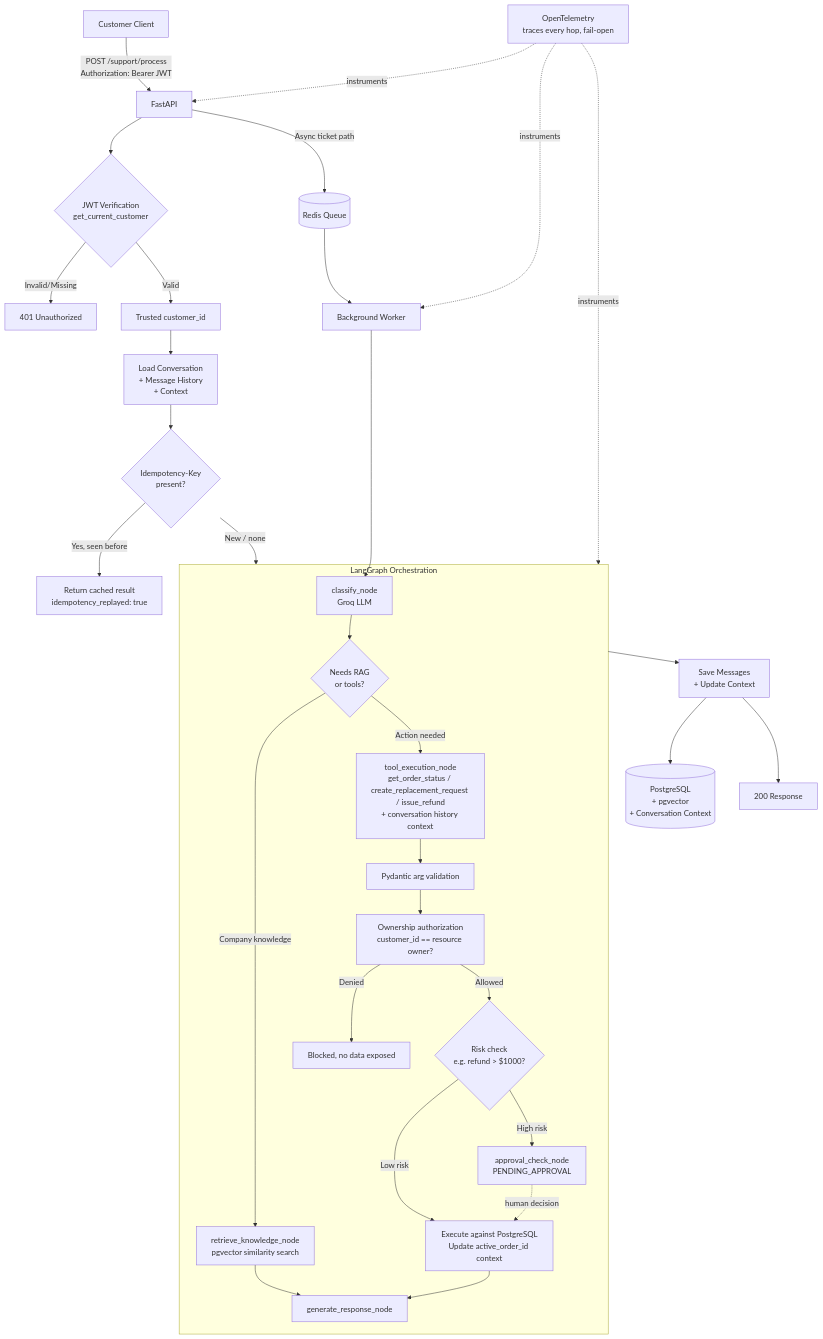
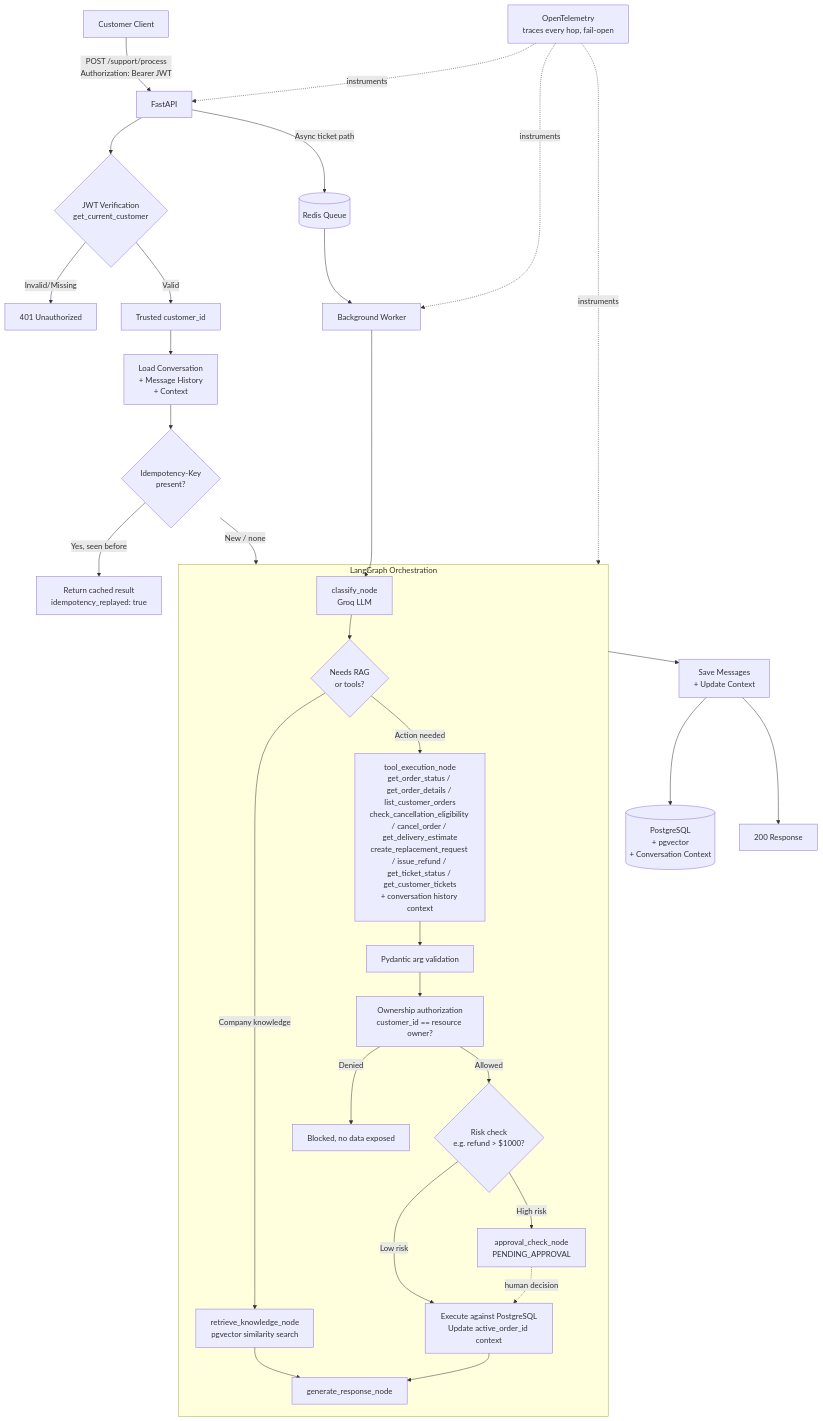
One commit to arshkalra17/SupportFlow---AI-Ticket-Automation changed the diagram in README.md. Above: the diagram before and after it, drawn with Mermaid. The commit also changed other lines of this file and 11 other files, not shown here.

Commit message:
Harden tools and integrate async tickets

````diff
--- a/README.md
+++ b/README.md
@@ -41,41 +41,41 @@
 ```mermaid
 flowchart TD
     Client[Customer Client] -->|POST /support/process<br/>Authorization: Bearer JWT| API[FastAPI]
 
     API --> JWT{JWT Verification<br/>get_current_customer}
     JWT -->|Invalid/Missing| Reject401[401 Unauthorized]
     JWT -->|Valid| Identity[Trusted customer_id]
 
     Identity --> LoadConv[Load Conversation<br/>+ Message History<br/>+ Context]
     LoadConv --> Idem{Idempotency-Key<br/>present?}
     Idem -->|Yes, seen before| Replay[Return cached result<br/>idempotency_replayed: true]
     Idem -->|New / none| Graph
 
     subgraph Graph[LangGraph Orchestration]
         Classify[classify_node<br/>Groq LLM] --> Route{Needs RAG<br/>or tools?}
         Route -->|Company knowledge| RAG[retrieve_knowledge_node<br/>pgvector similarity search]
-        Route -->|Action needed| Tools[tool_execution_node<br/>get_order_status / create_replacement_request / issue_refund<br/>+ conversation history context]
+        Route -->|Action needed| Tools[tool_execution_node<br/>get_order_status / get_order_details / list_customer_orders<br/>check_cancellation_eligibility / cancel_order / get_delivery_estimate<br/>create_replacement_request / issue_refund / get_ticket_status / get_customer_tickets<br/>+ conversation history context]
         RAG --> Respond
         Tools --> Validate[Pydantic arg validation]
         Validate --> Authz[Ownership authorization<br/>customer_id == resource owner?]
         Authz -->|Denied| Blocked[Blocked, no data exposed]
         Authz -->|Allowed| Risk{Risk check<br/>e.g. refund > $1000?}
         Risk -->|Low risk| Execute[Execute against PostgreSQL<br/>Update active_order_id context]
         Risk -->|High risk| Approval[approval_check_node<br/>PENDING_APPROVAL]
         Approval -.human decision.-> Execute
         Execute --> Respond[generate_response_node]
     end
 
     Graph --> SaveConv[Save Messages<br/>+ Update Context]
     SaveConv --> DB[(PostgreSQL<br/>+ pgvector<br/>+ Conversation Context)]
     API -->|Async ticket path| Redis[(Redis Queue)]
     Redis --> Worker[Background Worker]
     Worker --> Classify
 
     SaveConv --> Resp200[200 Response]
 
     OTel[OpenTelemetry<br/>traces every hop, fail-open] -.instruments.-> API
     OTel -.instruments.-> Graph
     OTel -.instruments.-> Worker
 
 ```
````
